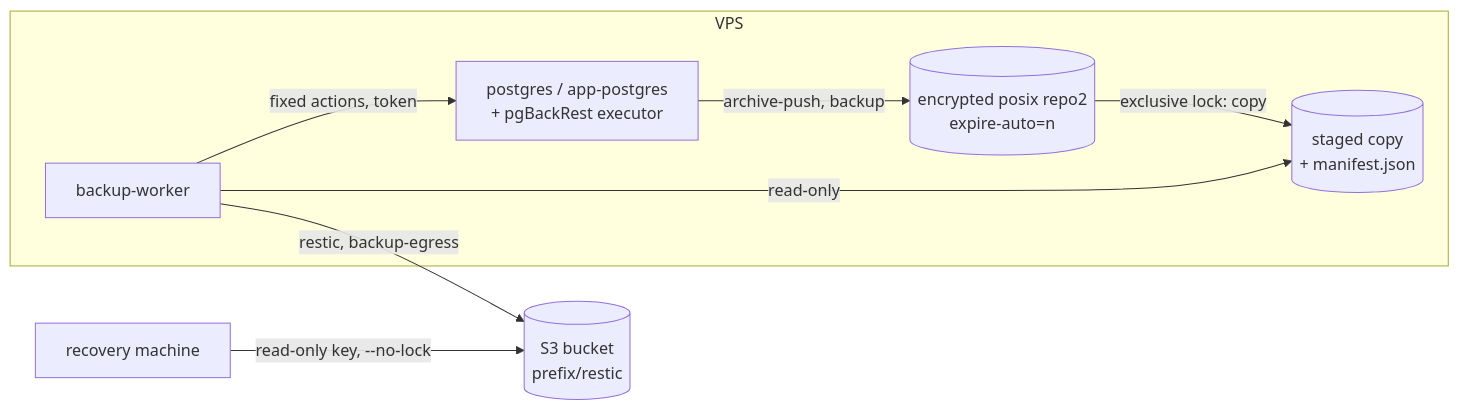
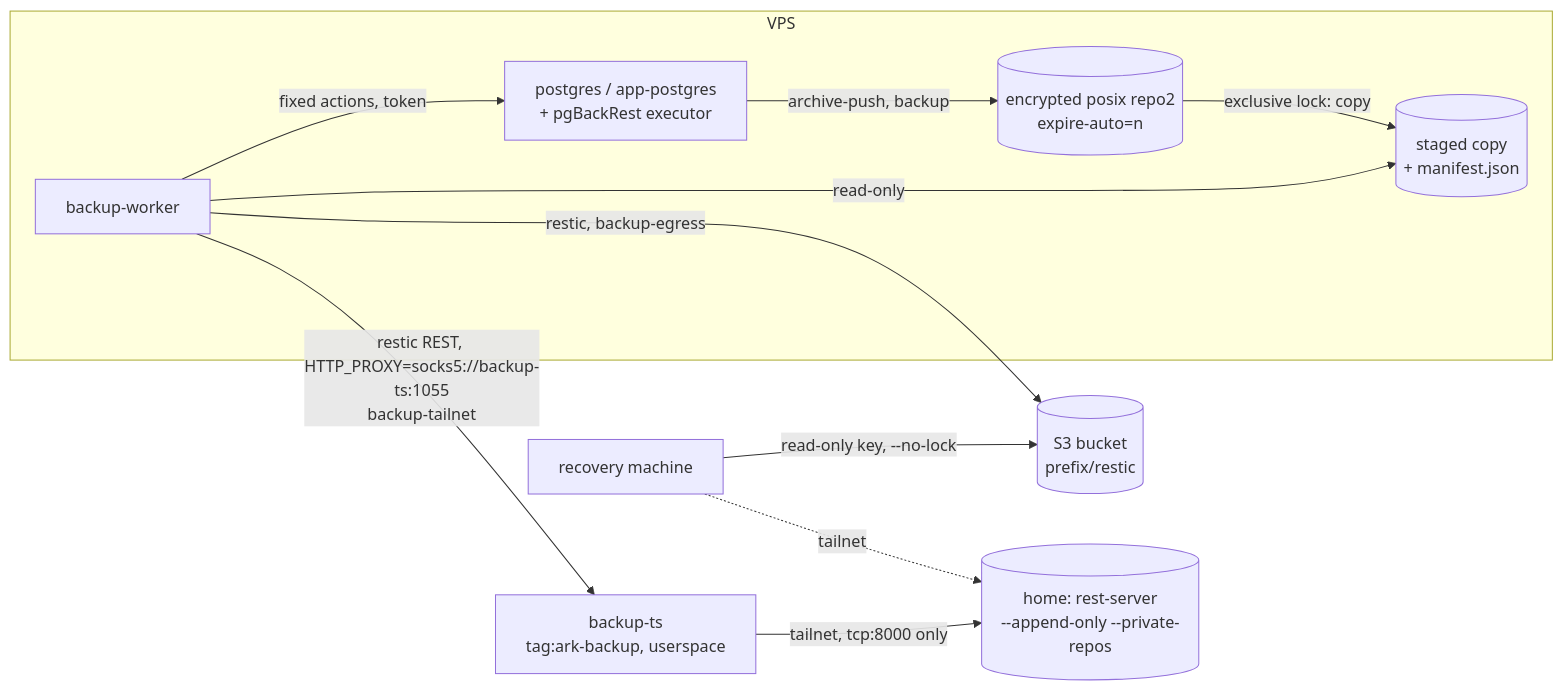
One commit to arkaydeus/ark-stack changed the diagram in docs/guides/backups.md. Above: the diagram before and after it, drawn with Mermaid. The commit also changed other lines of this file and 40 other files, not shown here.

First line of the commit message:
feat(backups): FD-30 tailnet REST backup target and transfer guards (#47)

````diff
--- a/docs/guides/backups.md
+++ b/docs/guides/backups.md
@@ -7,11 +7,14 @@
 ```mermaid
 flowchart LR
   subgraph VPS
     PG[postgres / app-postgres<br/>+ pgBackRest executor] -->|archive-push, backup| R2[(encrypted posix repo2<br/>expire-auto=n)]
     R2 -->|exclusive lock: copy| ST[(staged copy<br/>+ manifest.json)]
     BW[backup-worker] -->|fixed actions, token| PG
     BW -->|read-only| ST
   end
   BW -->|restic, backup-egress| S3[(S3 bucket<br/>prefix/restic)]
+  BW -->|restic REST, HTTP_PROXY=socks5://backup-ts:1055<br/>backup-tailnet| BTS[backup-ts<br/>tag:ark-backup, userspace]
+  BTS -->|tailnet, tcp:8000 only| HOME[(home: rest-server<br/>--append-only --private-repos)]
   REC[recovery machine] -->|read-only key, --no-lock| S3
+  REC -.->|tailnet| HOME
 ```
````
